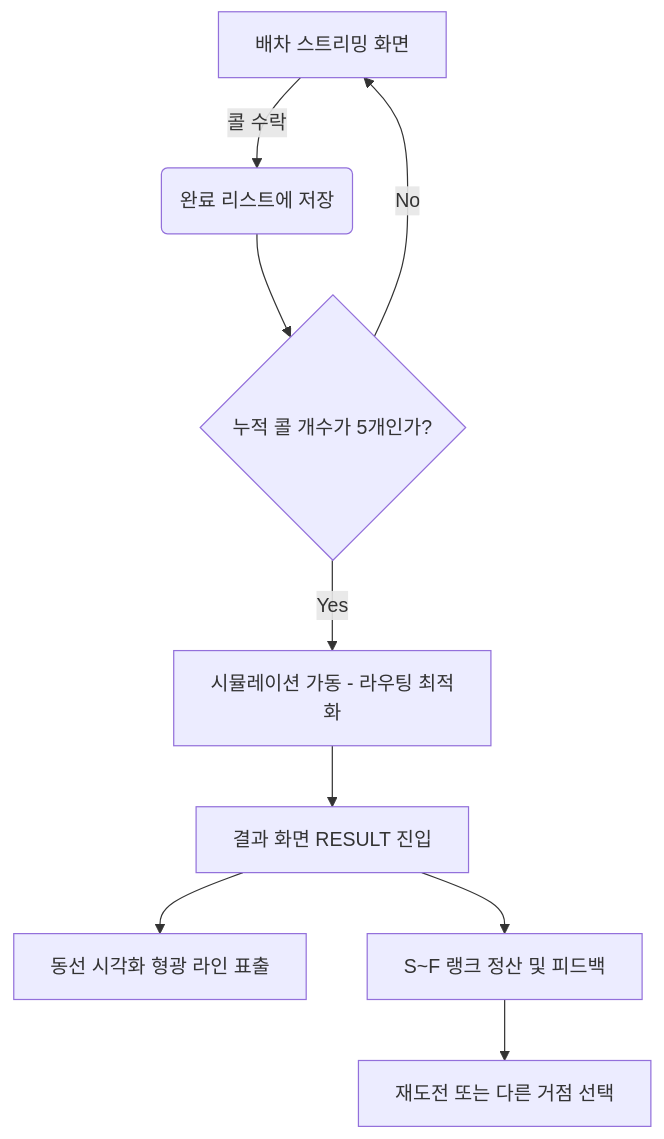
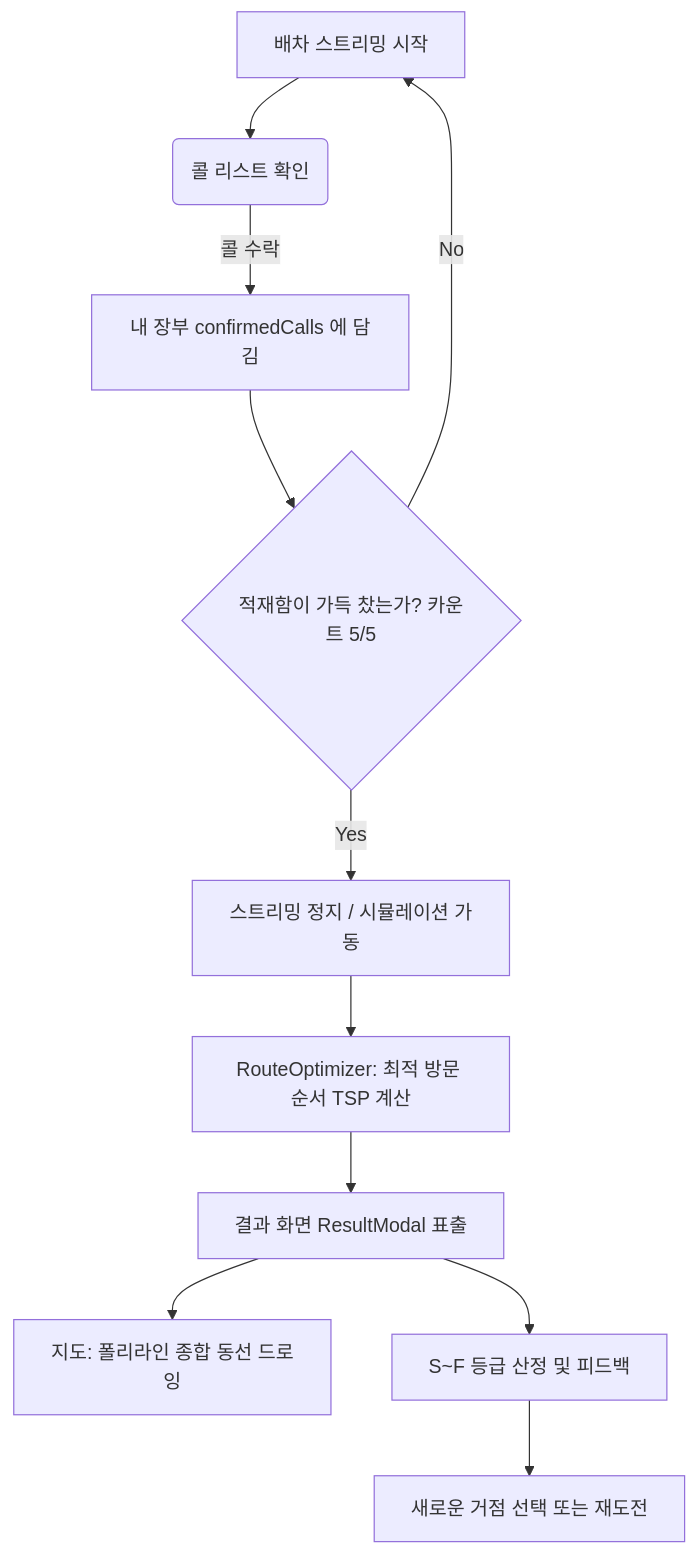
The diagram in docs/GDD_L02_ROUTE.md (altarister/map), drawn with Mermaid before and after one commit. The commit also changed other lines of this file and 7 other files, not shown here.

Commit message:
feat(route): advanced routing system - 5-call batch optimizer, result modal, polyline animation, accept=confirm flow

````diff
--- a/docs/GDD_L02_ROUTE.md
+++ b/docs/GDD_L02_ROUTE.md
@@ -75,11 +79,13 @@
 ```mermaid
 graph TD
-    A[배차 스트리밍 화면] -->|콜 수락| B(완료 리스트에 저장);
-    B --> C{누적 콜 개수가 5개인가?};
-    C -- No --> A;
-    C -- Yes --> D[시뮬레이션 가동 - 라우팅 최적화];
-    D --> E[결과 화면 RESULT 진입];
-    E --> F[동선 시각화 형광 라인 표출];
-    E --> G[S~F 랭크 정산 및 피드백];
-    G --> H[재도전 또는 다른 거점 선택];
+    A[배차 스트리밍 시작] --> B(콜 리스트 확인);
+    B -->|콜 수락| C[내 장부 confirmedCalls 에 담김];
+    C --> D{적재함이 가득 찼는가? 카운트 5/5};
+    D -- No --> A;
+    D -- Yes --> E[스트리밍 정지 / 시뮬레이션 가동];
+    E --> F[RouteOptimizer: 최적 방문 순서 TSP 계산];
+    F --> G[결과 화면 ResultModal 표출];
+    G --> H[지도: 폴리라인 종합 동선 드로잉];
+    G --> I[S~F 등급 산정 및 피드백];
+    I --> J[새로운 거점 선택 또는 재도전];
 ```
````
